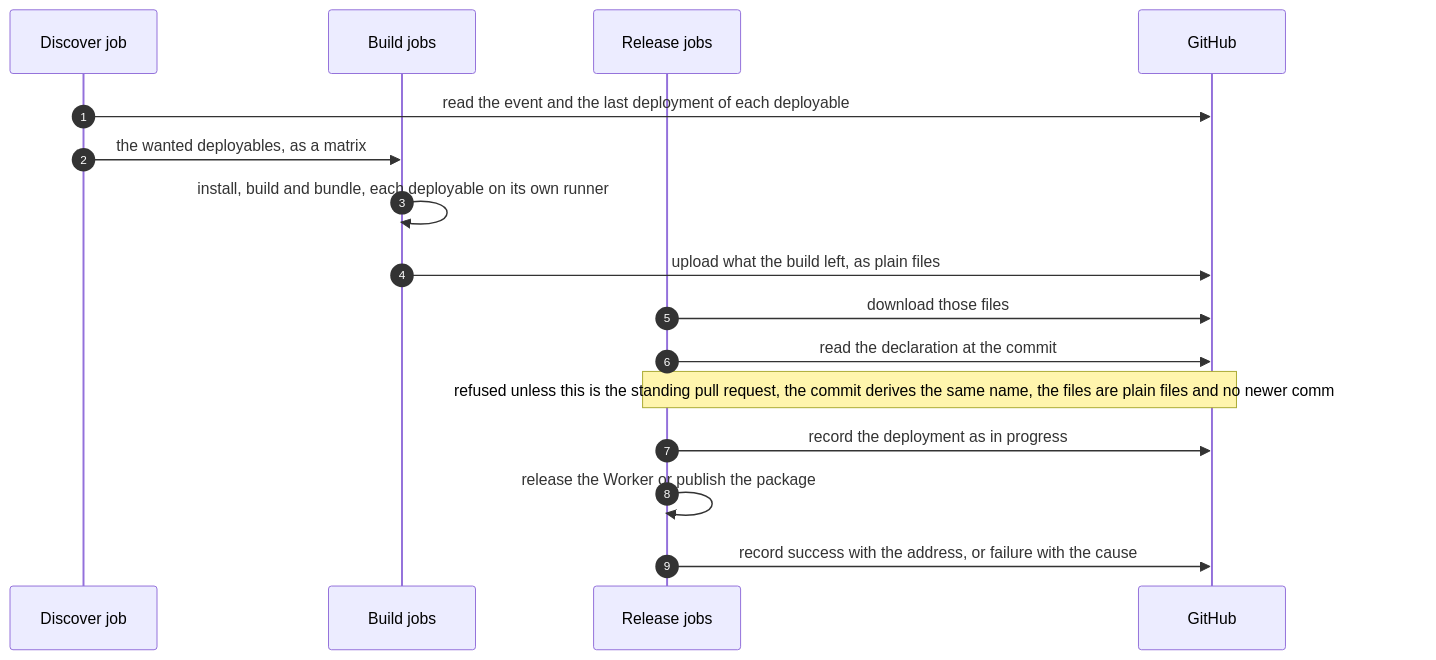
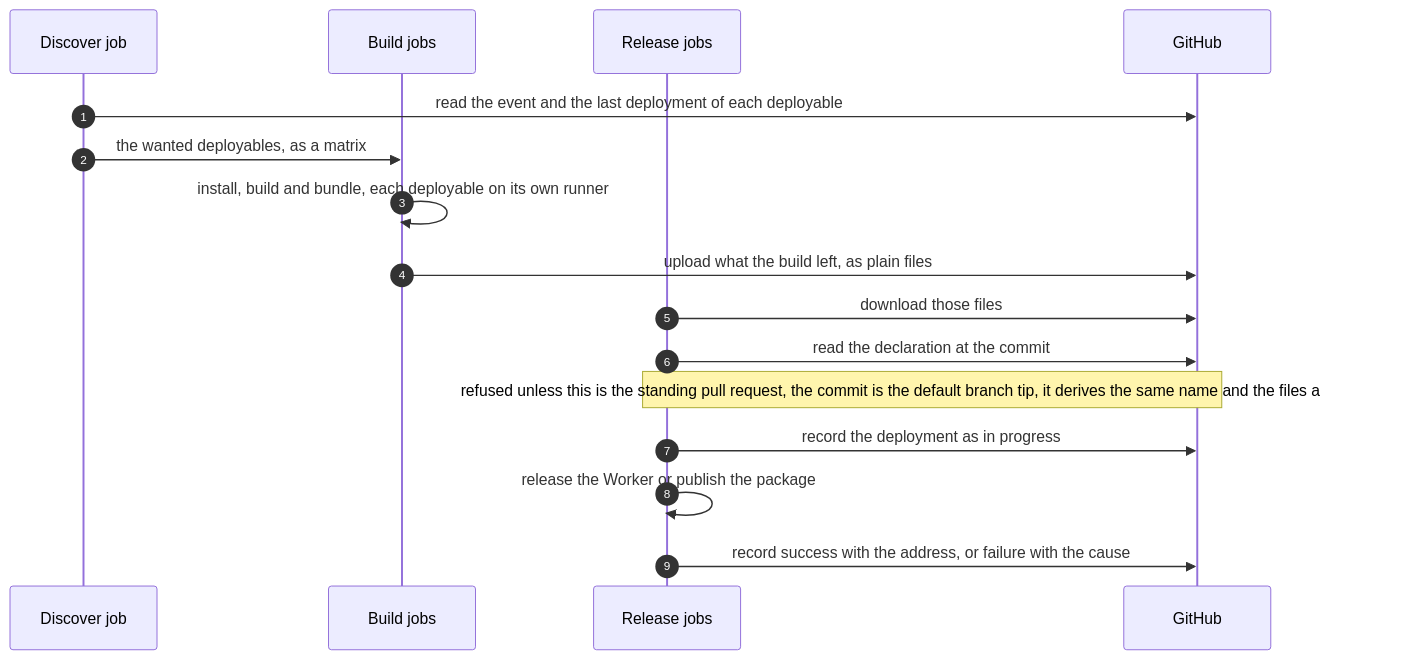
Before and after one commit to NextNodeSolutions/infrastructure: the third of 6 diagrams in docs/deployment.md, drawn with Mermaid. The commit also changed other lines of this file and 10 other files, not shown here.

````diff
--- a/docs/deployment.md
+++ b/docs/deployment.md
@@ -81,18 +81,18 @@
 ```mermaid
 sequenceDiagram
     autonumber
     participant D as Discover job
     participant B as Build jobs
     participant R as Release jobs
     participant G as GitHub
     D->>G: read the event and the last deployment of each deployable
     D->>B: the wanted deployables, as a matrix
     B->>B: install, build and bundle, each deployable on its own runner
     B->>G: upload what the build left, as plain files
     R->>G: download those files
     R->>G: read the declaration at the commit
-    Note over R,G: refused unless this is the standing pull request, the commit derives the same name, the files are plain files and no newer commit is deployed
+    Note over R,G: refused unless this is the standing pull request, the commit is the default branch tip, it derives the same name and the files are plain files
     R->>G: record the deployment as in progress
     R->>R: release the Worker or publish the package
     R->>G: record success with the address, or failure with the cause
 ```
````
